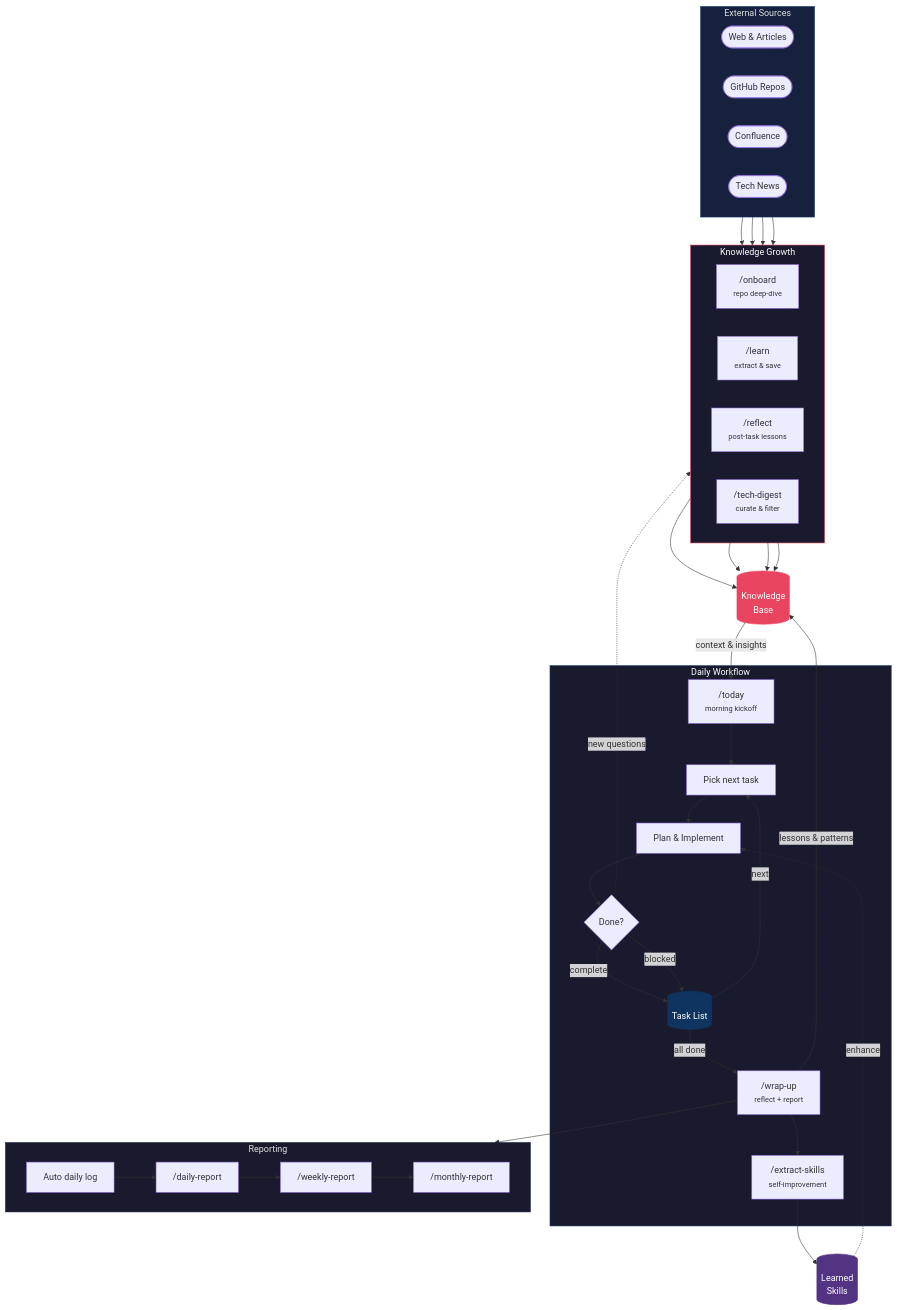
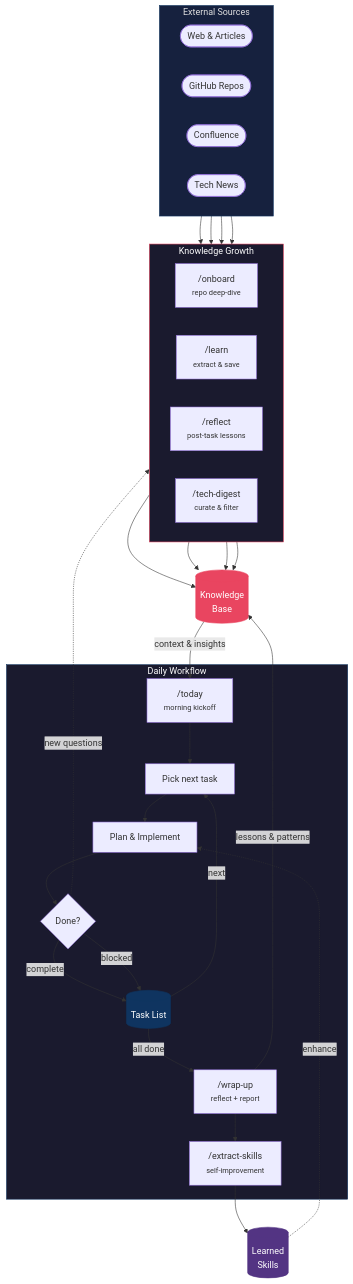
The diagram in README.md (anels/nase), drawn with Mermaid before and after one commit. The commit also changed other lines of this file and 9 other files, not shown here.

First line of the commit message:
feat(nase): remove report commands and merge daily into wrap-up (#14)

````diff
--- a/README.md
+++ b/README.md
@@ -124,70 +121,58 @@
 ```mermaid
 flowchart TD
     %% ── External Sources ──
     subgraph sources ["External Sources"]
         direction LR
         web(["Web & Articles"])
         repos(["GitHub Repos"])
         docs(["Confluence"])
         news(["Tech News"])
     end
 
     %% ── Knowledge Layer ──
     subgraph knowledge ["Knowledge Growth"]
         direction LR
         onboard["/onboard<br><small>repo deep-dive</small>"]
         learn["/learn<br><small>extract & save</small>"]
         reflect["/reflect<br><small>post-task lessons</small>"]
         digest["/tech-digest<br><small>curate & filter</small>"]
     end
 
     web & repos & docs --> learn
     news --> digest
     onboard & learn & reflect & digest --> KB[("Knowledge<br>Base")]
 
     %% ── Daily Work Cycle ──
     subgraph daily ["Daily Workflow"]
         today["/today<br><small>morning kickoff</small>"]
         pick["Pick next task"]
         impl["Plan & Implement"]
         done{Done?}
         tasks[("Task List")]
         wrapup["/wrap-up<br><small>reflect + report</small>"]
         extract["/extract-skills<br><small>self-improvement</small>"]
 
         today --> pick --> impl --> done
         done -- "complete" --> tasks
         done -- "blocked" --> tasks
         tasks -- "next" --> pick
         tasks -- "all done" --> wrapup --> extract
     end
 
     KB -- "context & insights" --> today
     wrapup -- "lessons & patterns" --> KB
     done -. "new questions" .-> learn
 
-    %% ── Reporting ──
-    subgraph reporting ["Reporting"]
-        direction LR
-        log["Auto daily log"]
-        dr["/daily-report"]
-        wr["/weekly-report"]
-        mr["/monthly-report"]
-    end
-
-    wrapup --> log --> dr --> wr --> mr
-
     %% ── Skills feedback ──
     skills[("Learned<br>Skills")]
     extract --> skills
     skills -. "enhance" .-> impl
 
     %% ── Styles ──
     style sources fill:#16213e,stroke:#0f3460,color:#e0e0e0
     style knowledge fill:#1a1a2e,stroke:#e94560,color:#fff
     style daily fill:#1a1a2e,stroke:#0f3460,color:#fff
-    style reporting fill:#1a1a2e,stroke:#16213e,color:#e0e0e0
     style KB fill:#e94560,stroke:#e94560,color:#fff
     style tasks fill:#0f3460,stroke:#0f3460,color:#fff
     style skills fill:#533483,stroke:#533483,color:#fff
 ```
````
